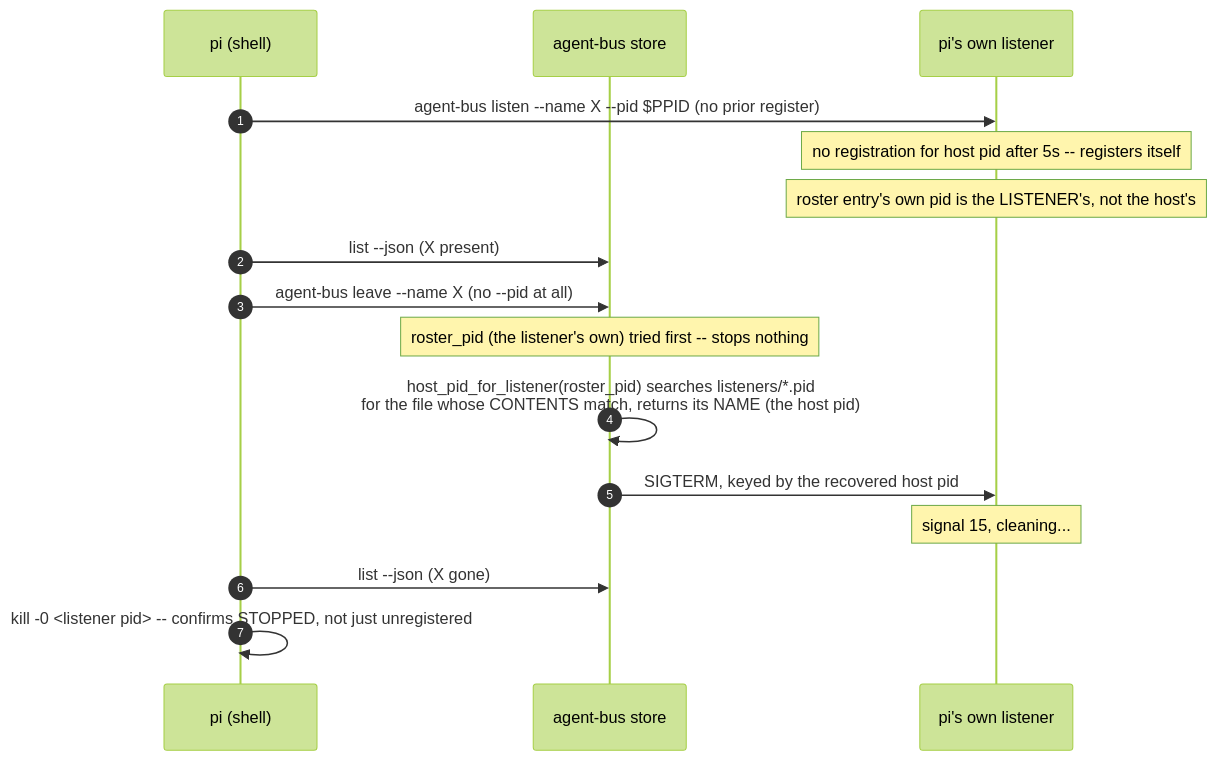
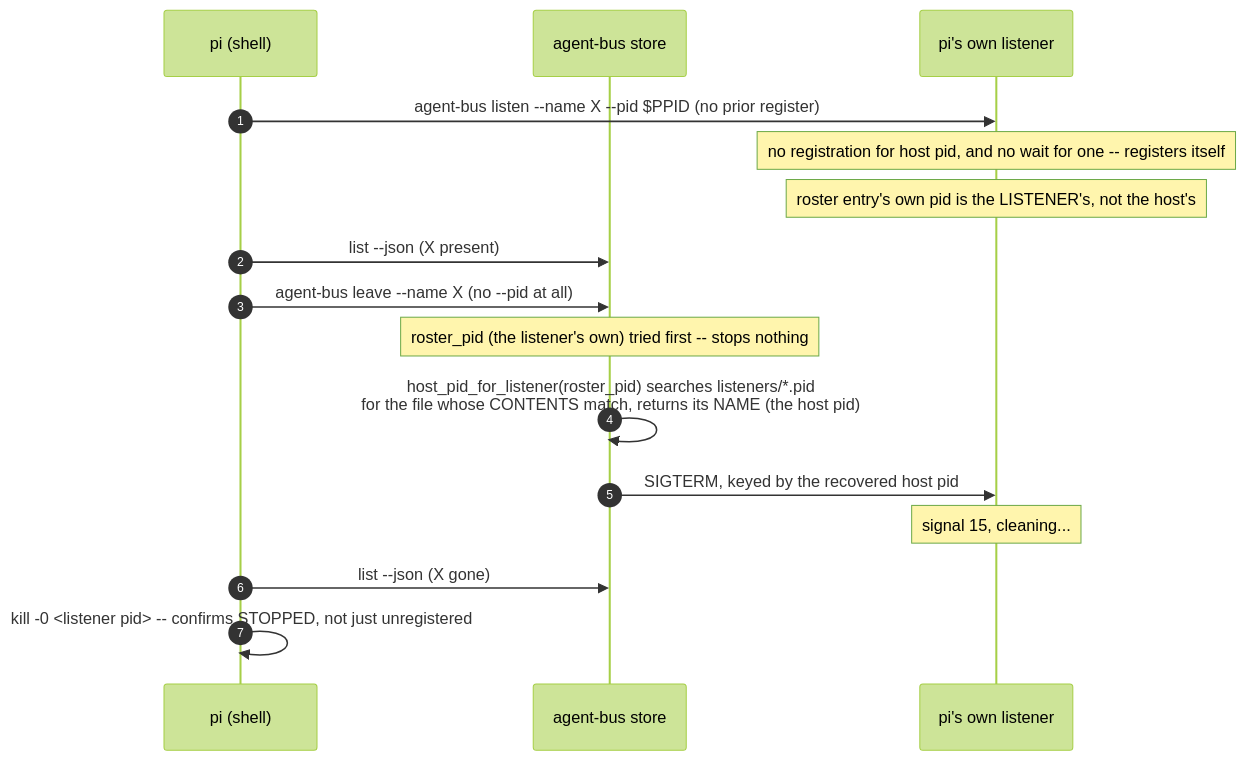
One commit to danbarua/agent-bus changed the ninth of 9 diagrams in docs/e2e-scenarios.md. Above: the diagram before and after it, drawn with Mermaid (forest theme). The commit also changed other lines of this file and 1 other file, not shown here.

````diff
--- a/docs/e2e-scenarios.md
+++ b/docs/e2e-scenarios.md
@@ -434,19 +434,19 @@
 ```mermaid
 sequenceDiagram
     autonumber
     participant pi as pi (shell)
     participant bus as agent-bus store
     participant listen as pi's own listener
 
     pi->>listen: agent-bus listen --name X --pid $PPID (no prior register)
-    Note over listen: no registration for host pid after 5s -- registers itself
+    Note over listen: no registration for host pid, and no wait for one -- registers itself
     Note over listen: roster entry's own pid is the LISTENER's, not the host's
     pi->>bus: list --json (X present)
     pi->>bus: agent-bus leave --name X (no --pid at all)
     Note over bus: roster_pid (the listener's own) tried first -- stops nothing
     bus->>bus: host_pid_for_listener(roster_pid) searches listeners/*.pid<br/>for the file whose CONTENTS match, returns its NAME (the host pid)
     bus->>listen: SIGTERM, keyed by the recovered host pid
     Note over listen: signal 15, cleaning...
     pi->>bus: list --json (X gone)
     pi->>pi: kill -0 <listener pid> -- confirms STOPPED, not just unregistered
 ```
````
